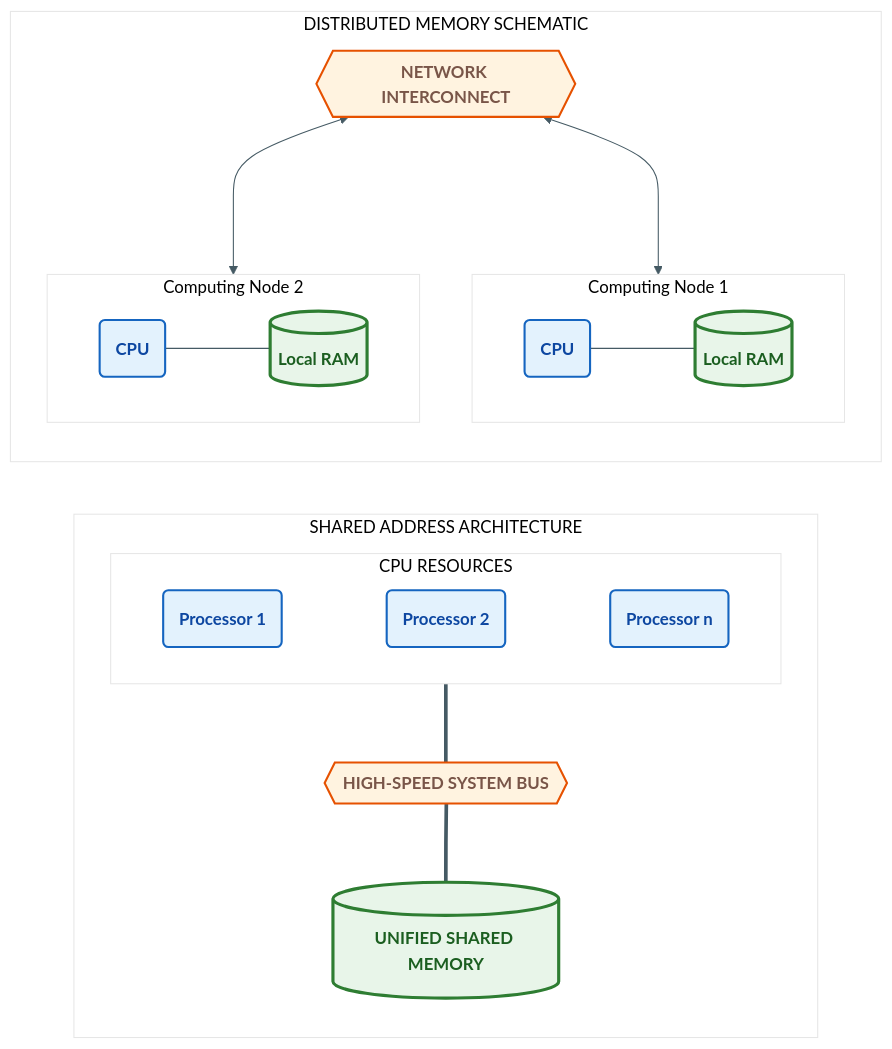
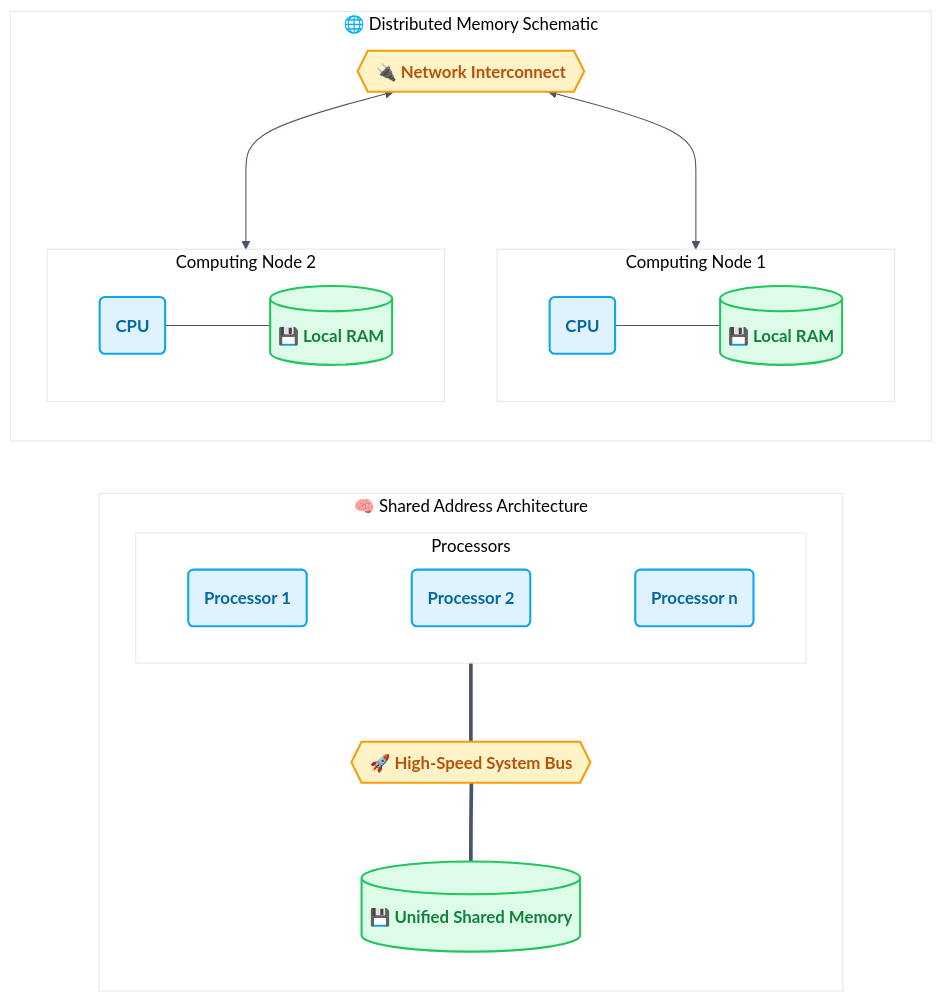
The third of 8 diagrams in SyedMuhammadHuzaifaAshrafi-(23FA-035-SE)/Chapter01/README.md (RameenAnwar/PDC-SP26-SE), drawn with Mermaid before and after one commit. The commit also changed other lines of this file and 5 other files, not shown here.

````diff
--- a/SyedMuhammadHuzaifaAshrafi-(23FA-035-SE)/Chapter01/README.md
+++ b/SyedMuhammadHuzaifaAshrafi-(23FA-035-SE)/Chapter01/README.md
@@ -163,37 +168,37 @@
 ```mermaid
-%%{init: {'theme': 'base', 'themeVariables': { 'lineColor': '#455A64', 'primaryColor': '#F5F5F5' }}}%%
+%%{init: {'theme': 'base', 'themeVariables': { 'lineColor': '#475569', 'primaryColor': '#f8fafc', 'primaryTextColor': '#0f172a', 'primaryBorderColor': '#cbd5e1' }}}%%
 flowchart LR
-    %% Pro Max Memory Architecture Schematic
-    classDef compute fill:#E3F2FD,stroke:#1565C0,stroke-width:2px,color:#0D47A1,font-weight:bold
-    classDef storage fill:#E8F5E9,stroke:#2E7D32,stroke-width:3px,color:#1B5E20,font-weight:bold
-    classDef interconnect fill:#FFF3E0,stroke:#E65100,stroke-width:2px,color:#795548,font-weight:bold
+    %% Premium Shared vs Distributed Memory
+    classDef proc fill:#e0f2fe,stroke:#0ea5e9,stroke-width:2px,color:#0369a1,font-weight:bold
+    classDef mem fill:#dcfce7,stroke:#22c55e,stroke-width:2px,color:#15803d,font-weight:bold
+    classDef bus fill:#fef3c7,stroke:#f59e0b,stroke-width:2px,color:#b45309,font-weight:bold
 
-    subgraph SHARED_SCHEMA [SHARED ADDRESS ARCHITECTURE]
+    subgraph SHARED_SCHEMA ["🧠 Shared Address Architecture"]
         direction TB
-        subgraph COMPUTE_POOL [CPU RESOURCES]
+        subgraph COMPUTE_POOL ["Processors"]
             C1(Processor 1) ~~~ C2(Processor 2) ~~~ C3(Processor n)
         end
-        BUS{{HIGH-SPEED SYSTEM BUS}}
-        RAM[(UNIFIED SHARED MEMORY)]
+        BUS{{"🚀 High-Speed System Bus"}}
+        RAM[("💾 Unified Shared Memory")]
         
         COMPUTE_POOL === BUS === RAM
     end
 
-    subgraph DIST_SCHEMA [DISTRIBUTED MEMORY SCHEMATIC]
+    subgraph DIST_SCHEMA ["🌐 Distributed Memory Schematic"]
         direction TB
-        subgraph NODE_1 [Computing Node 1]
-            P1(CPU) --- M1[(Local RAM)]
+        subgraph NODE_1 ["Computing Node 1"]
+            P1(CPU) --- M1[("💾 Local RAM")]
         end
-        subgraph NODE_2 [Computing Node 2]
-            P2(CPU) --- M2[(Local RAM)]
+        subgraph NODE_2 ["Computing Node 2"]
+            P2(CPU) --- M2[("💾 Local RAM")]
         end
+        NET{{"🔌 Network Interconnect"}}
         
         NET <---> NODE_1
         NET <---> NODE_2
-        NET{{NETWORK INTERCONNECT}}
     end
 
-    class C1,C2,C3,P1,P2 compute
-    class RAM,M1,M2 storage
-    class BUS,NET interconnect
+    class C1,C2,C3,P1,P2 proc
+    class RAM,M1,M2 mem
+    class BUS,NET bus
 ```
````
